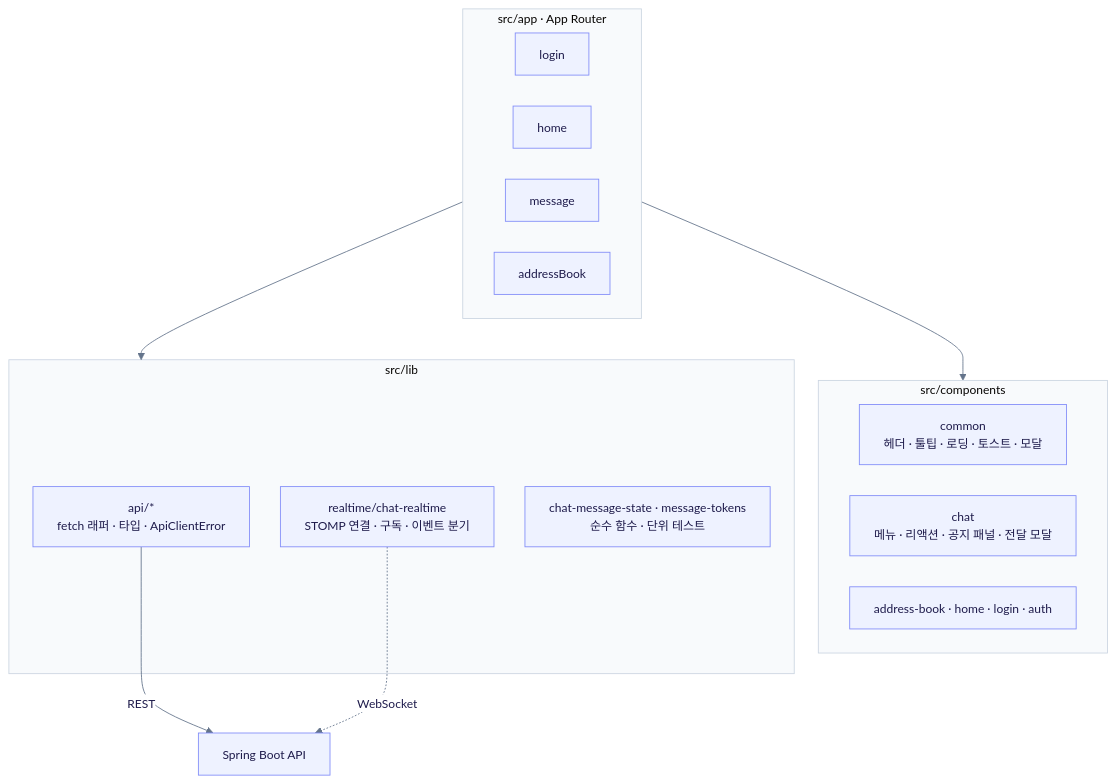
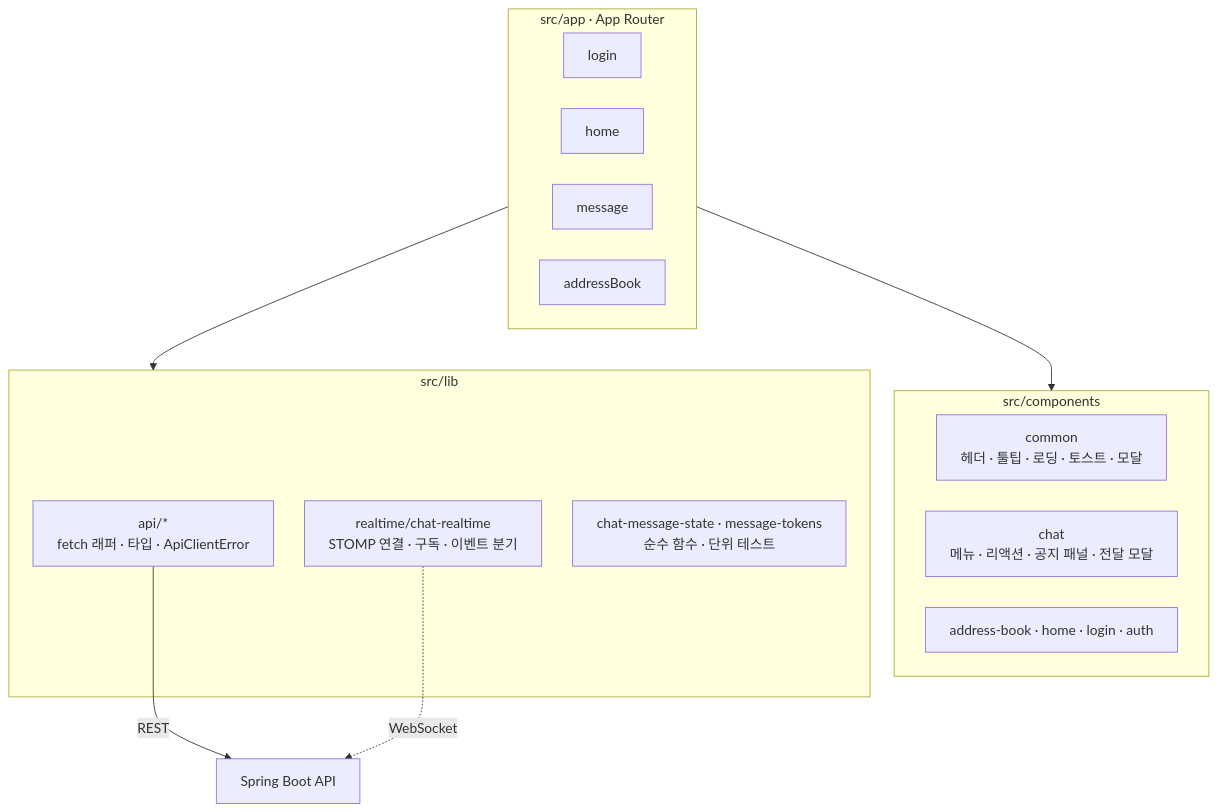
Before and after one commit to wjsgusdn12/naverworks_clone_front: the second of 10 diagrams in README.md, drawn with Mermaid. The commit also changed other lines of this file and 19 other files, not shown here.

````diff
--- a/README.md
+++ b/README.md
@@ -108,8 +60,6 @@
 ```mermaid
 ---
 config:
-  theme: base
-  fontFamily: "Pretendard, Malgun Gothic, Apple SD Gothic Neo, Noto Sans KR, sans-serif"
   markdownAutoWrap: false
   flowchart:
     curve: basis
@@ -117,47 +67,6 @@
     nodeSpacing: 36
     rankSpacing: 48
     wrappingWidth: 800
-  themeVariables:
-    fontSize: 14px
-    primaryColor: "#eef2ff"
-    primaryTextColor: "#1e1b4b"
-    primaryBorderColor: "#818cf8"
-    secondaryColor: "#f0f9ff"
-    secondaryBorderColor: "#7dd3fc"
-    tertiaryColor: "#f8fafc"
-    tertiaryBorderColor: "#cbd5e1"
-    lineColor: "#64748b"
-    textColor: "#1e293b"
-    clusterBkg: "#f8fafc"
-    clusterBorder: "#cbd5e1"
-    edgeLabelBackground: "#ffffff"
-    nodeBorder: "#818cf8"
-    mainBkg: "#eef2ff"
-    actorBkg: "#eef2ff"
-    actorBorder: "#818cf8"
-    actorTextColor: "#1e1b4b"
-    actorLineColor: "#cbd5e1"
-    signalColor: "#334155"
-    signalTextColor: "#334155"
-    labelBoxBkgColor: "#f1f5f9"
-    labelBoxBorderColor: "#cbd5e1"
-    noteBkgColor: "#fef3c7"
-    noteBorderColor: "#fbbf24"
-    noteTextColor: "#78350f"
-    activationBkgColor: "#e0e7ff"
-    activationBorderColor: "#818cf8"
-    cScale0: "#6366f1"
-    cScale1: "#0ea5e9"
-    cScale2: "#10b981"
-    cScale3: "#f59e0b"
-    cScale4: "#ec4899"
-    cScaleLabel0: "#ffffff"
-    cScaleLabel1: "#ffffff"
-    cScaleLabel2: "#ffffff"
-    cScaleLabel3: "#ffffff"
-    cScaleLabel4: "#ffffff"
-    attributeBackgroundColorEven: "#f8fafc"
-    attributeBackgroundColorOdd: "#ffffff"
 ---
 flowchart TB
     subgraph App["src/app · App Router"]
@@ -182,9 +91,4 @@
     App --> Lib
     L1 -->|"REST"| API
     L2 -.->|"WebSocket"| API
-    classDef store fill:#ecfdf5,stroke:#34d399,color:#064e3b
-    classDef focus fill:#4f46e5,stroke:#4338ca,color:#ffffff,font-weight:bold
-    classDef store fill:#ecfdf5,stroke:#34d399,color:#064e3b
-    classDef external fill:#fff7ed,stroke:#fb923c,color:#7c2d12
-    classDef focus fill:#4f46e5,stroke:#4338ca,color:#ffffff,font-weight:bold
 ```
````
